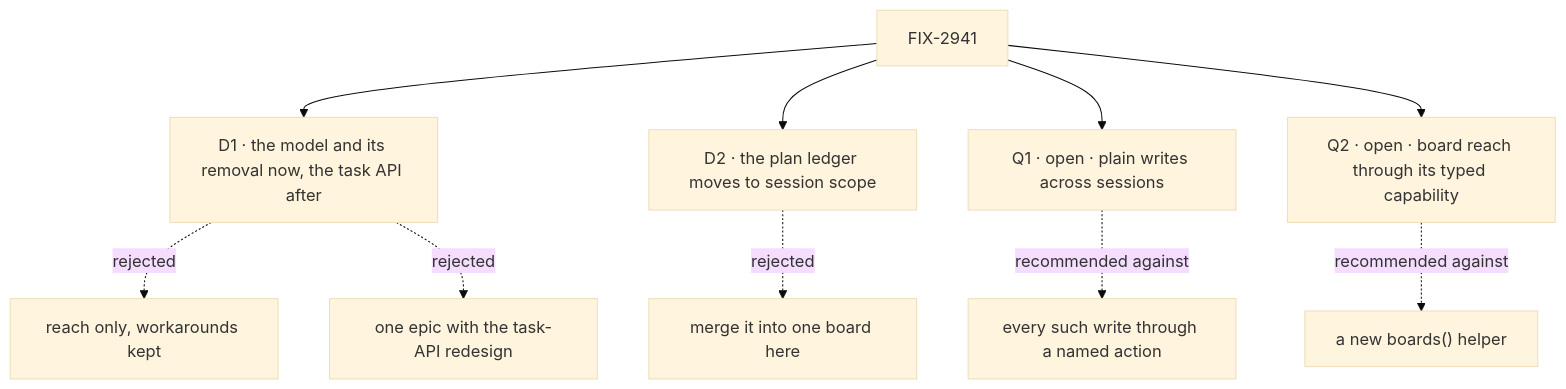
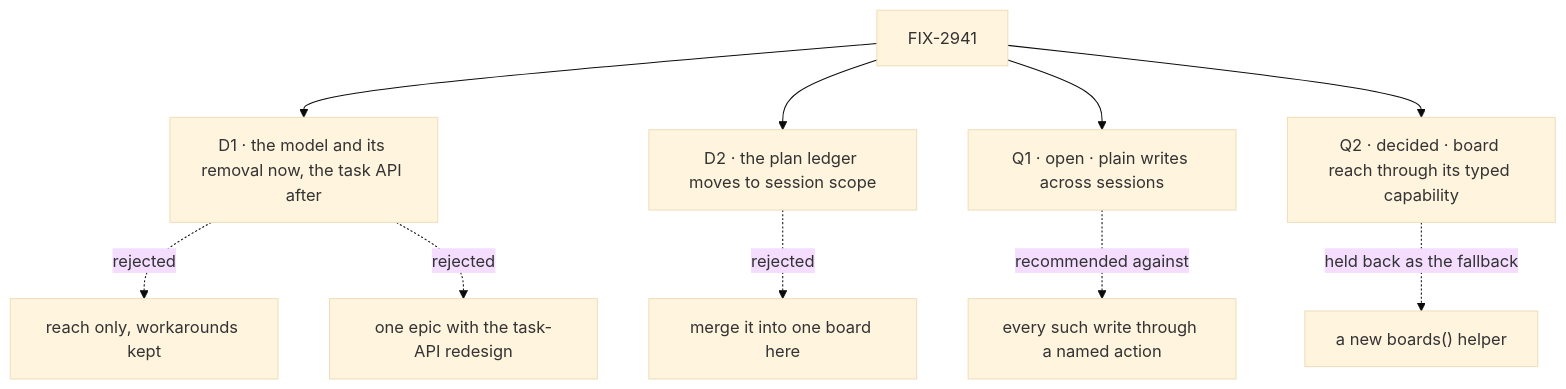
One commit to fixpoint-labs/flow-state-dev changed the diagram in specs/epics/FIX-2941/DECISIONS.md. Above: the diagram before and after it, drawn with Mermaid (base theme). The commit also changed other lines of this file and 2 other files, not shown here.

First line of the commit message:
docs: board reach through its capability; record Q2 (FIX-2941)

````diff
--- a/specs/epics/FIX-2941/DECISIONS.md
+++ b/specs/epics/FIX-2941/DECISIONS.md
@@ -13,12 +13,12 @@
 ```mermaid
 flowchart TD
   E["FIX-2941"] --> D1["D1 · the model and its removal now, the task API after"]
   D1 -.->|"rejected"| X1["reach only, workarounds kept"]
   D1 -.->|"rejected"| X2["one epic with the task-API redesign"]
   E --> D2["D2 · the plan ledger moves to session scope"]
   D2 -.->|"rejected"| X3["merge it into one board here"]
   E --> Q1["Q1 · open · plain writes across sessions"]
   Q1 -.->|"recommended against"| X4["every such write through a named action"]
-  E --> Q2["Q2 · open · board reach through its typed capability"]
-  Q2 -.->|"recommended against"| X5["a new boards() helper"]
+  E --> Q2["Q2 · decided · board reach through its typed capability"]
+  Q2 -.->|"held back as the fallback"| X5["a new boards() helper"]
 ```
````
